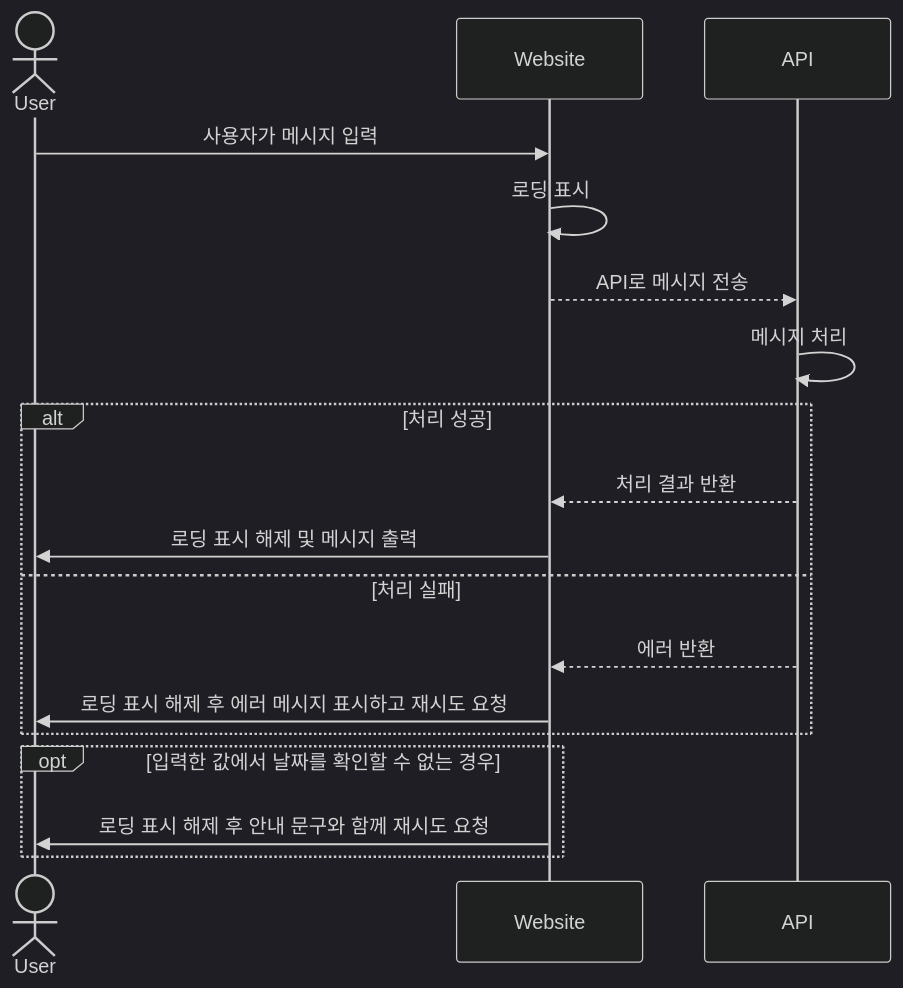
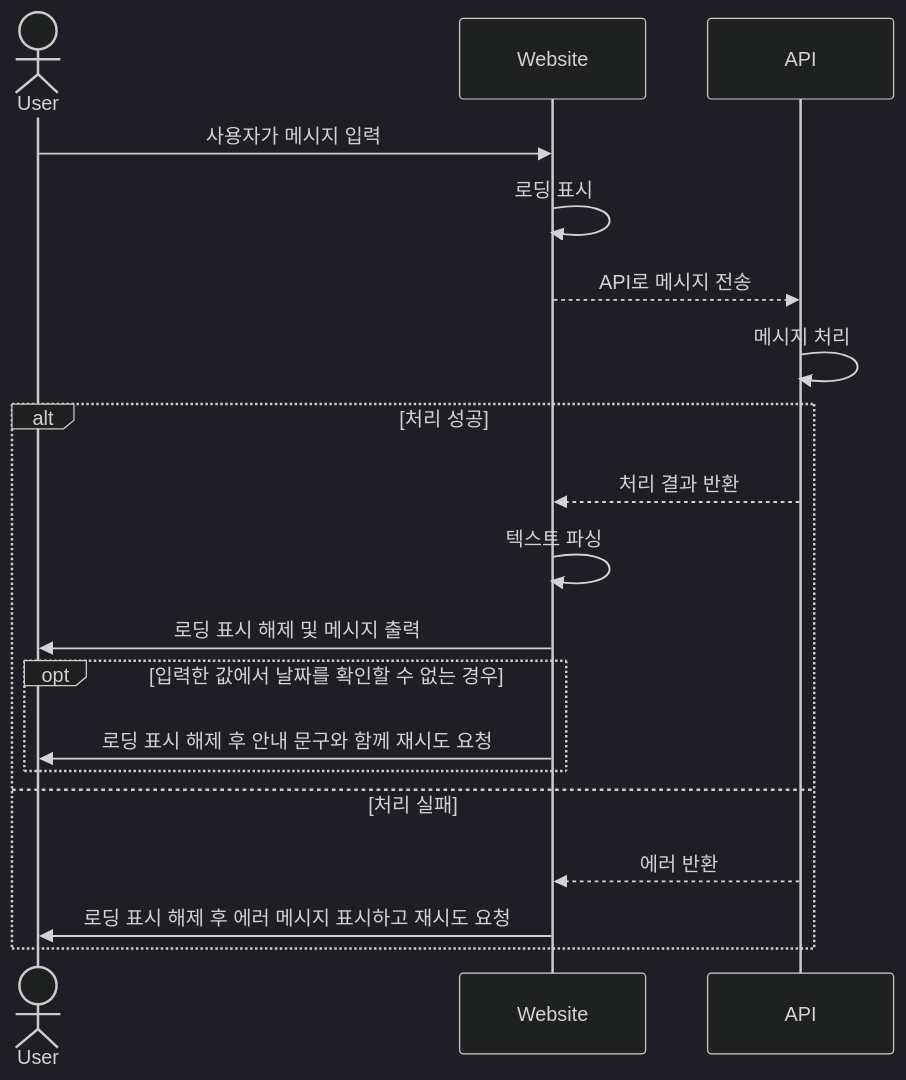
Before and after one commit to escape1001/ormcamp: the first of 3 diagrams in project_01/README.md, drawn with Mermaid (dark theme). The commit also changed other lines of this file, not shown here.

Commit message:
"update" README 기능명세 그래프 수정, 이모지 추가

````diff
--- a/project_01/README.md
+++ b/project_01/README.md
@@ -31,21 +31,23 @@
 ```mermaid
 sequenceDiagram
     actor User
     participant Website
     participant API
 
     User->>Website: 사용자가 메시지 입력
     Website->>Website: 로딩 표시
     Website-->>API: API로 메시지 전송
     API->>API: 메시지 처리
     alt 처리 성공
         API-->>Website: 처리 결과 반환
+        Website->>Website: 텍스트 파싱
         Website->>User: 로딩 표시 해제 및 메시지 출력
+        opt 입력한 값에서 날짜를 확인할 수 없는 경우
+            Website->>User: 로딩 표시 해제 후 안내 문구와 함께 재시도 요청
+    end
+
     else 처리 실패
         API-->>Website: 에러 반환
         Website->>User: 로딩 표시 해제 후 에러 메시지 표시하고 재시도 요청
     end
-    opt 입력한 값에서 날짜를 확인할 수 없는 경우
-        Website->>User: 로딩 표시 해제 후 안내 문구와 함께 재시도 요청
-    end
 ```
````
